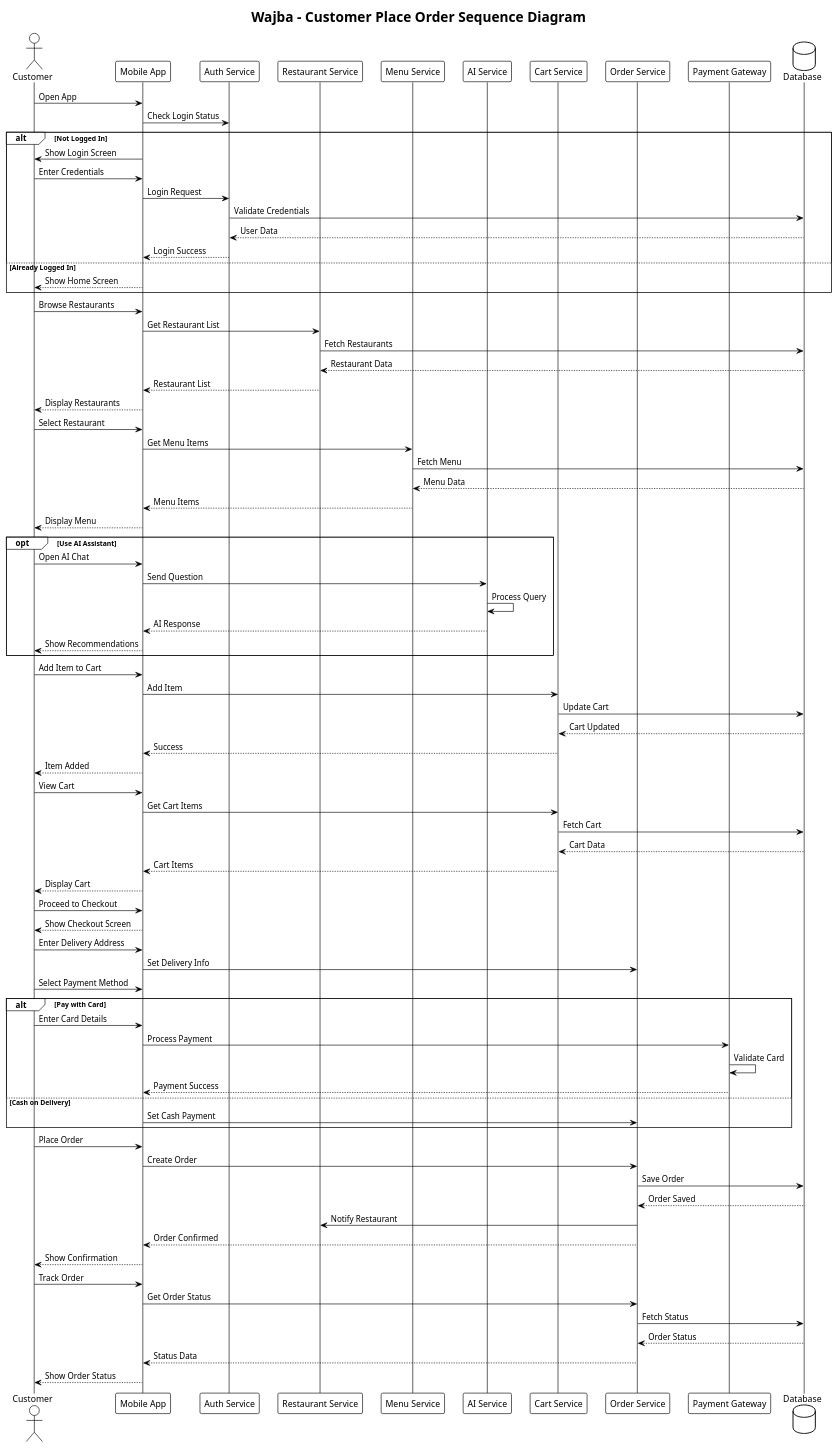
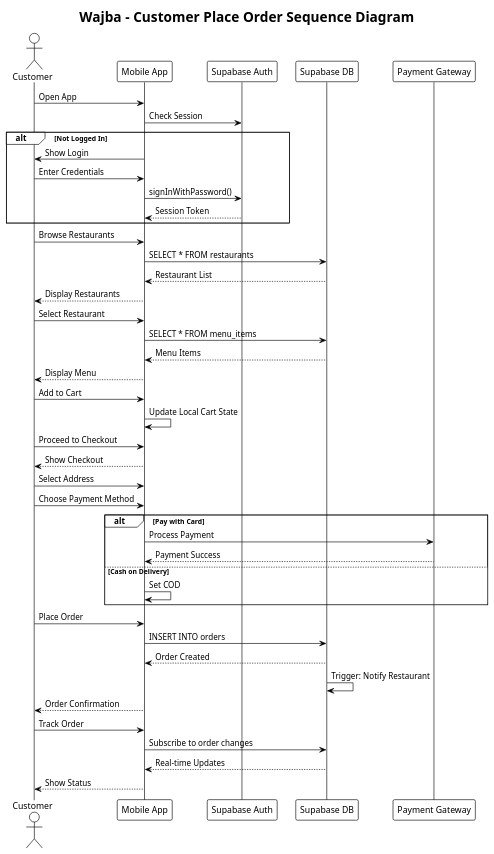
One commit to mmahmood233/SmartBite changed the diagram in diagrams/sequence-customer.puml. Above: the diagram before and after it, drawn with PlantUML. The commit also changed 127 other files, not shown here.

First line of the commit message:
docs: add comprehensive order flow documentation and data management scripts

```diff
--- a/diagrams/sequence-customer.puml
+++ b/diagrams/sequence-customer.puml
@@ -1,99 +1,59 @@
-@startuml Customer Sequence Diagram - Place Order
+@startuml Customer Place Order
 !theme plain
 
 title Wajba - Customer Place Order Sequence Diagram
 
 actor Customer
 participant "Mobile App" as App
-participant "Auth Service" as Auth
-participant "Restaurant Service" as Restaurant
-participant "Menu Service" as Menu
-participant "AI Service" as AI
-participant "Cart Service" as Cart
-participant "Order Service" as Order
+participant "Supabase Auth" as Auth
+participant "Supabase DB" as DB
 participant "Payment Gateway" as Payment
-database "Database" as DB
 
 Customer -> App: Open App
-App -> Auth: Check Login Status
+App -> Auth: Check Session
 
 alt Not Logged In
-    App -> Customer: Show Login Screen
+    App -> Customer: Show Login
     Customer -> App: Enter Credentials
-    App -> Auth: Login Request
-    Auth -> DB: Validate Credentials
-    DB --> Auth: User Data
-    Auth --> App: Login Success
-else Already Logged In
-    App --> Customer: Show Home Screen
+    App -> Auth: signInWithPassword()
+    Auth --> App: Session Token
 end
 
 Customer -> App: Browse Restaurants
-App -> Restaurant: Get Restaurant List
-Restaurant -> DB: Fetch Restaurants
-DB --> Restaurant: Restaurant Data
-Restaurant --> App: Restaurant List
+App -> DB: SELECT * FROM restaurants
+DB --> App: Restaurant List
 App --> Customer: Display Restaurants
 
 Customer -> App: Select Restaurant
-App -> Menu: Get Menu Items
-Menu -> DB: Fetch Menu
-DB --> Menu: Menu Data
-Menu --> App: Menu Items
+App -> DB: SELECT * FROM menu_items
+DB --> App: Menu Items
 App --> Customer: Display Menu
 
-opt Use AI Assistant
-    Customer -> App: Open AI Chat
-    App -> AI: Send Question
-    AI -> AI: Process Query
-    AI --> App: AI Response
-    App --> Customer: Show Recommendations
-end
-
-Customer -> App: Add Item to Cart
-App -> Cart: Add Item
-Cart -> DB: Update Cart
-DB --> Cart: Cart Updated
-Cart --> App: Success
-App --> Customer: Item Added
-
-Customer -> App: View Cart
-App -> Cart: Get Cart Items
-Cart -> DB: Fetch Cart
-DB --> Cart: Cart Data
-Cart --> App: Cart Items
-App --> Customer: Display Cart
+Customer -> App: Add to Cart
+App -> App: Update Local Cart State
 
 Customer -> App: Proceed to Checkout
-App --> Customer: Show Checkout Screen
+App --> Customer: Show Checkout
 
-Customer -> App: Enter Delivery Address
-App -> Order: Set Delivery Info
-
-Customer -> App: Select Payment Method
+Customer -> App: Select Address
+Customer -> App: Choose Payment Method
 
 alt Pay with Card
-    Customer -> App: Enter Card Details
     App -> Payment: Process Payment
-    Payment -> Payment: Validate Card
     Payment --> App: Payment Success
 else Cash on Delivery
-    App -> Order: Set Cash Payment
+    App -> App: Set COD
 end
 
 Customer -> App: Place Order
-App -> Order: Create Order
-Order -> DB: Save Order
-DB --> Order: Order Saved
-Order -> Restaurant: Notify Restaurant
-Order --> App: Order Confirmed
-App --> Customer: Show Confirmation
+App -> DB: INSERT INTO orders
+DB --> App: Order Created
+DB -> DB: Trigger: Notify Restaurant
+App --> Customer: Order Confirmation
 
 Customer -> App: Track Order
-App -> Order: Get Order Status
-Order -> DB: Fetch Status
-DB --> Order: Order Status
-Order --> App: Status Data
-App --> Customer: Show Order Status
+App -> DB: Subscribe to order changes
+DB --> App: Real-time Updates
+App --> Customer: Show Status
 
 @enduml
```
